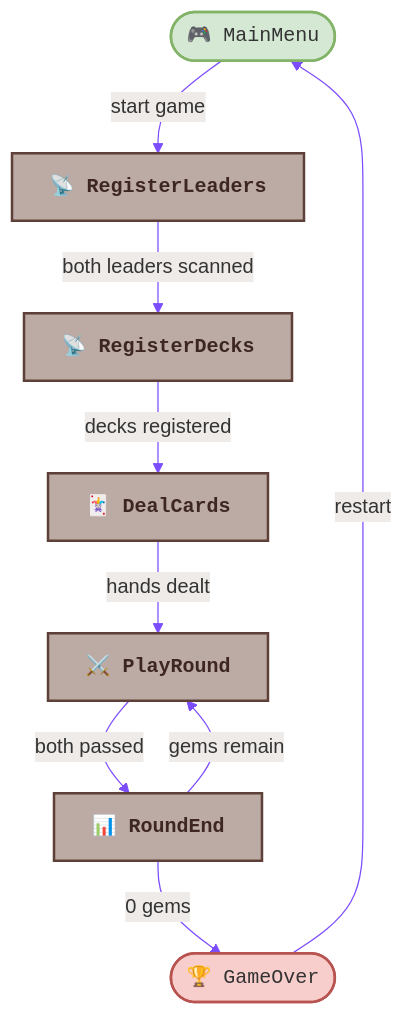
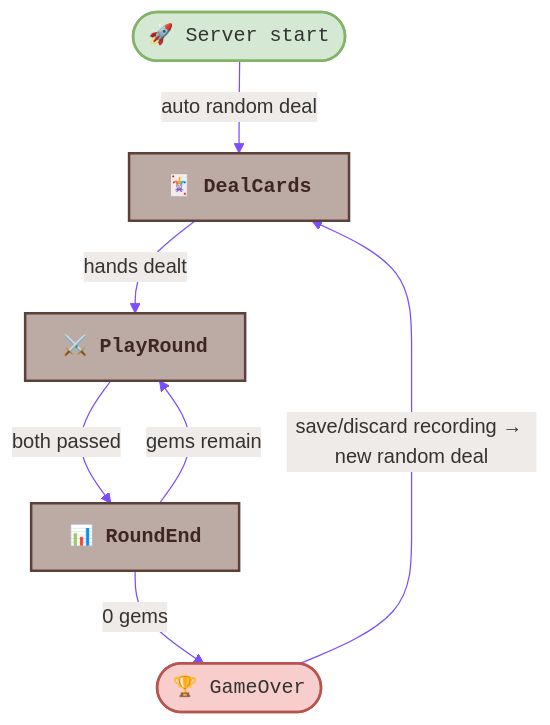
The second of 7 diagrams in design/GwentArchitecture.md (declanshanaghy/gwent), drawn with Mermaid before and after one commit. The commit also changed other lines of this file and 30 other files, not shown here.

````diff
--- a/design/GwentArchitecture.md
+++ b/design/GwentArchitecture.md
@@ -98,42 +108,38 @@
 ```mermaid
 %%{init: {
   'theme': 'base',
   'themeVariables': {
     'primaryColor': '#6d1a36',
     'primaryTextColor': '#333',
     'primaryBorderColor': '#7C4DFF',
     'lineColor': '#7C4DFF',
     'secondaryColor': '#D7CCC8',
     'tertiaryColor': '#EFEBE9',
     'fontFamily': 'Courier New',
     'fontSize': '16px',
     'edgeLabelBackground': '#EFEBE9'
   }
 }}%%
 
 flowchart TD
-    MM([🎮 MainMenu])
-    RL[📡 RegisterLeaders]
-    RD[📡 RegisterDecks]
+    BOOT([🚀 Server start])
     DC[🃏 DealCards]
     PR[⚔️ PlayRound]
     RE[📊 RoundEnd]
     GO([🏆 GameOver])
 
-    MM -->|"start game"| RL
-    RL -->|"both leaders scanned"| RD
-    RD -->|"decks registered"| DC
+    BOOT -->|"auto random deal"| DC
     DC -->|"hands dealt"| PR
     PR -->|"both passed"| RE
     RE -->|"gems remain"| PR
     RE -->|"0 gems"| GO
-    GO -->|"restart"| MM
+    GO -->|"save/discard recording → new random deal"| DC
 
     classDef start fill:#d5e8d4,stroke:#82b366,stroke-width:2px,color:#333,font-family:'Courier New'
     classDef endNode fill:#f8cecc,stroke:#b85450,stroke-width:2px,color:#333,font-family:'Courier New'
     classDef software fill:#BCAAA4,stroke:#5D4037,stroke-width:2px,color:#3E2723,font-family:'Courier New',font-weight:bold
 
-    class MM start
+    class BOOT start
     class GO endNode
-    class RL,RD,DC,PR,RE software
+    class DC,PR,RE software
 ```
````
